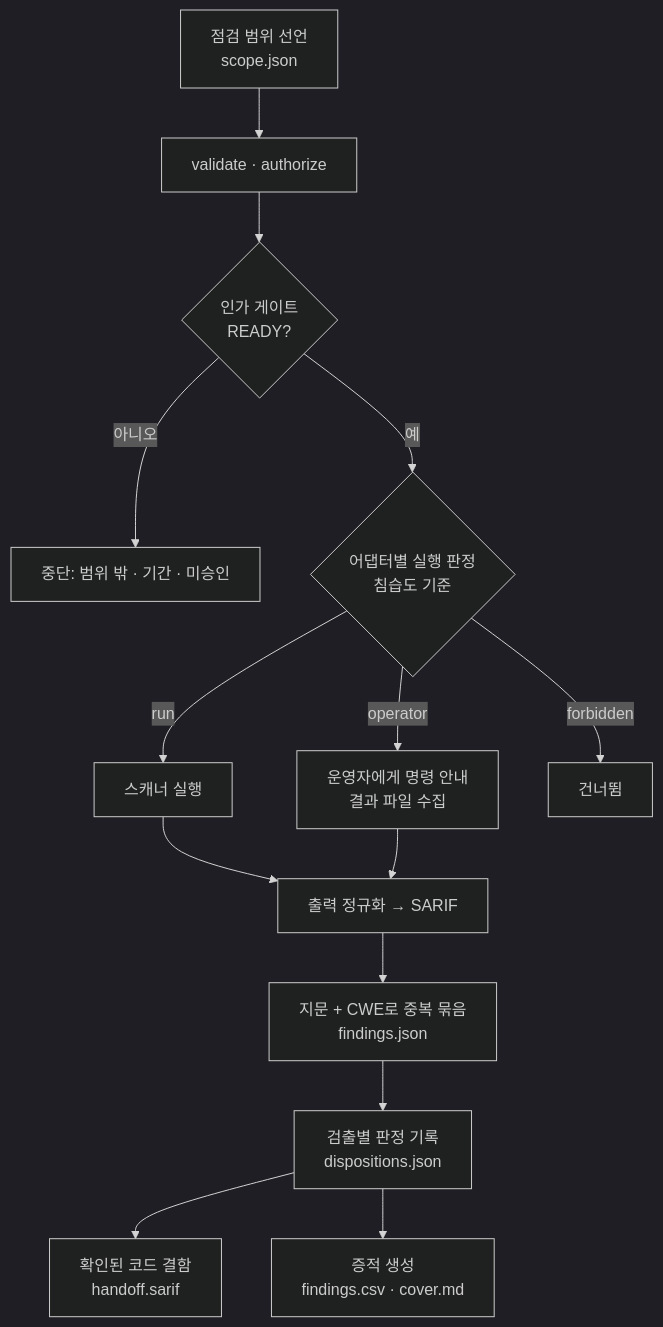
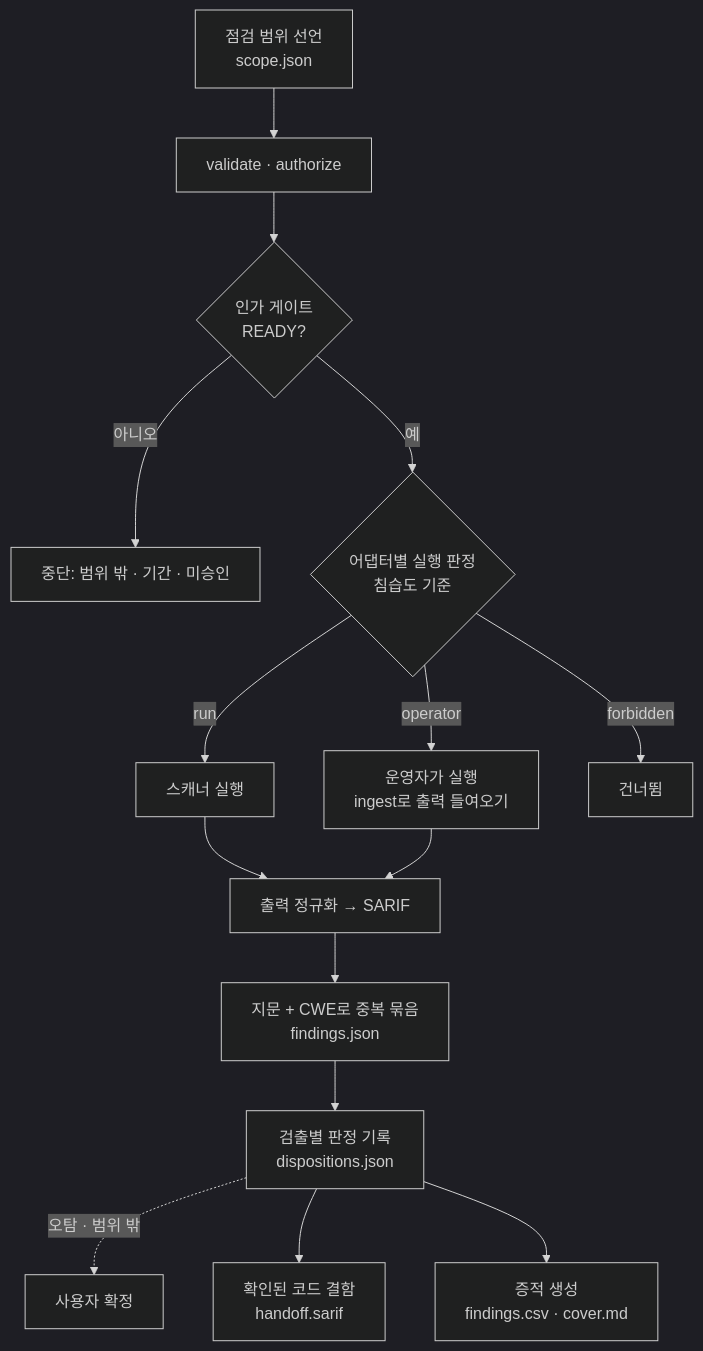
The diagram in plugins/security-assessment/skills/security-assessment/toolkit/README.md (seo0tak/agent-skills), drawn with Mermaid (dark theme) before and after one commit. The commit also changed other lines of this file and 32 other files, not shown here.

````diff
--- a/plugins/security-assessment/skills/security-assessment/toolkit/README.md
+++ b/plugins/security-assessment/skills/security-assessment/toolkit/README.md
@@ -16,16 +16,17 @@
 ```mermaid
 flowchart TD
   scope["점검 범위 선언<br/>scope.json"] --> auth["validate · authorize"]
   auth --> gate{"인가 게이트<br/>READY?"}
   gate -- "아니오" --> stop["중단: 범위 밖 · 기간 · 미승인"]
   gate -- "예" --> decide{"어댑터별 실행 판정<br/>침습도 기준"}
   decide -- "run" --> exec["스캐너 실행"]
-  decide -- "operator" --> op["운영자에게 명령 안내<br/>결과 파일 수집"]
+  decide -- "operator" --> op["운영자가 실행<br/>ingest로 출력 들여오기"]
   decide -- "forbidden" --> skip["건너뜀"]
   exec --> norm["출력 정규화 → SARIF"]
   op --> norm
   norm --> merge["지문 + CWE로 중복 묶음<br/>findings.json"]
   merge --> disp["검출별 판정 기록<br/>dispositions.json"]
+  disp -. "오탐 · 범위 밖" .-> user["사용자 확정"]
   disp --> bridge["확인된 코드 결함<br/>handoff.sarif"]
   disp --> ev["증적 생성<br/>findings.csv · cover.md"]
 ```
````
